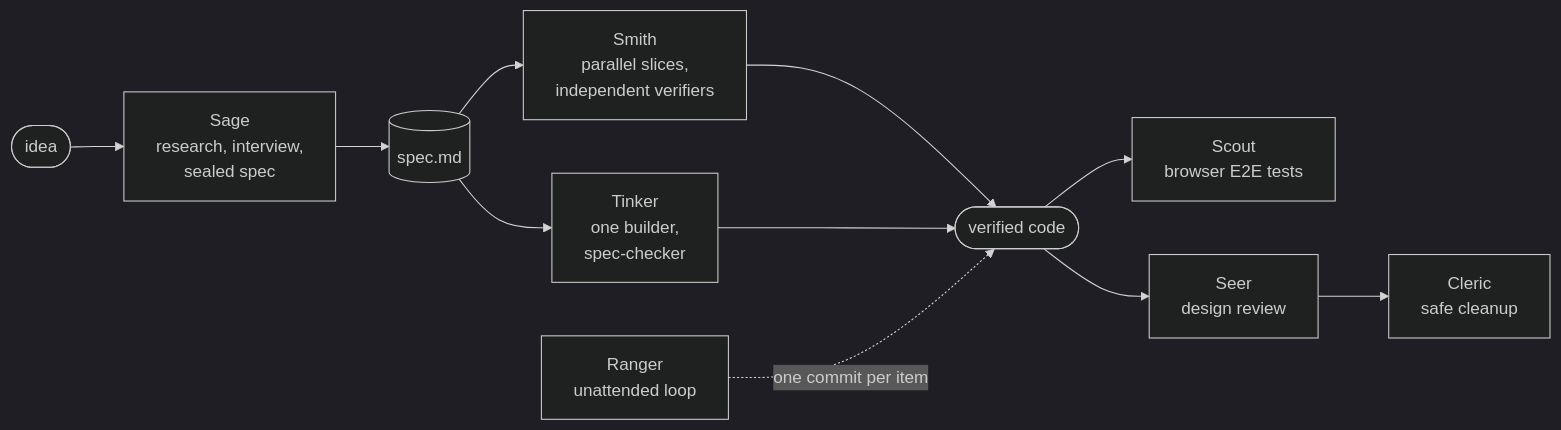
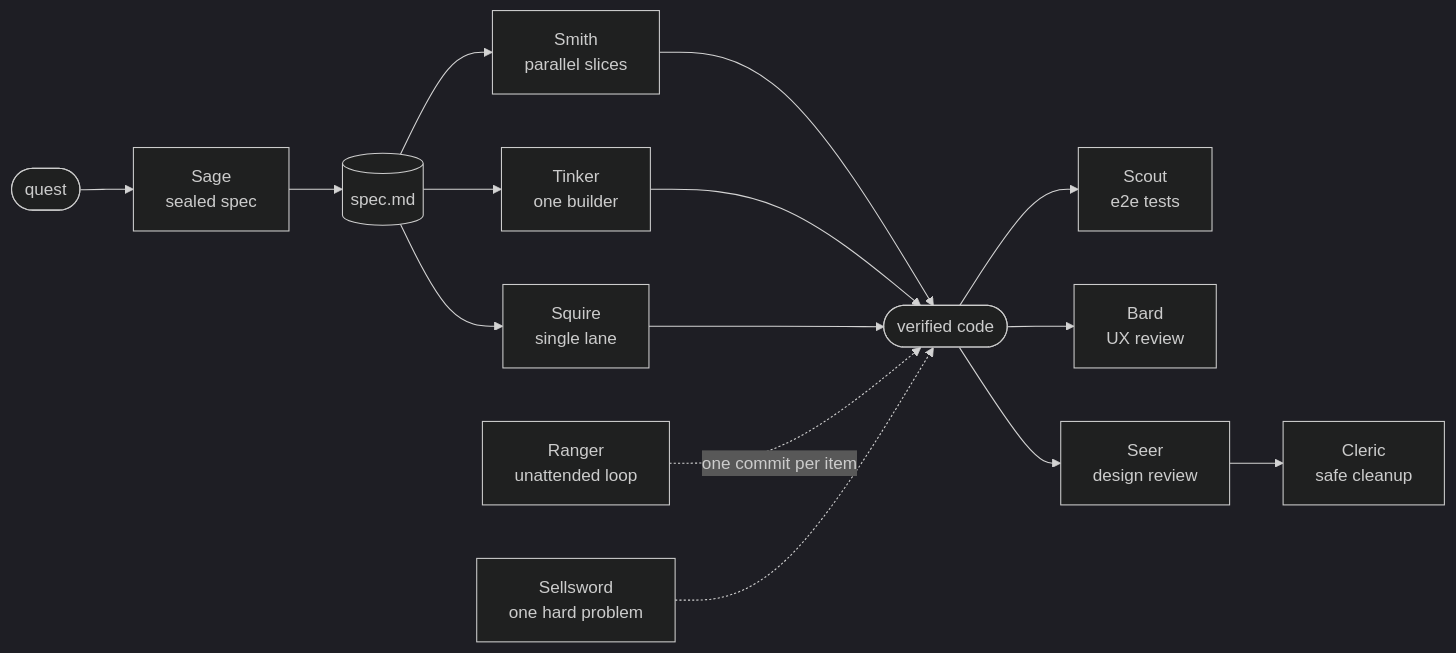
One commit to gshepptech/the-tavern changed the diagram in README.md. Above: the diagram before and after it, drawn with Mermaid (dark theme). The commit also changed other lines of this file and 1 other file, not shown here.

````diff
--- a/README.md
+++ b/README.md
@@ -60,13 +104,17 @@
 ```mermaid
 flowchart LR
-    idea([idea]) --> sage[Sage<br/>research, interview,<br/>sealed spec]
+    quest([quest]) --> sage[Sage<br/>sealed spec]
     sage --> spec[(spec.md)]
-    spec --> smith[Smith<br/>parallel slices,<br/>independent verifiers]
-    spec --> tinker[Tinker<br/>one builder,<br/>spec-checker]
+    spec --> smith[Smith<br/>parallel slices]
+    spec --> tinker[Tinker<br/>one builder]
+    spec --> squire[Squire<br/>single lane]
     smith --> code([verified code])
     tinker --> code
-    code --> scout[Scout<br/>browser E2E tests]
+    squire --> code
+    code --> scout[Scout<br/>e2e tests]
+    code --> bard[Bard<br/>UX review]
     code --> seer[Seer<br/>design review]
     seer --> cleric[Cleric<br/>safe cleanup]
     ranger[Ranger<br/>unattended loop] -.->|one commit per item| code
+    sellsword[Sellsword<br/>one hard problem] -.-> code
 ```
````
